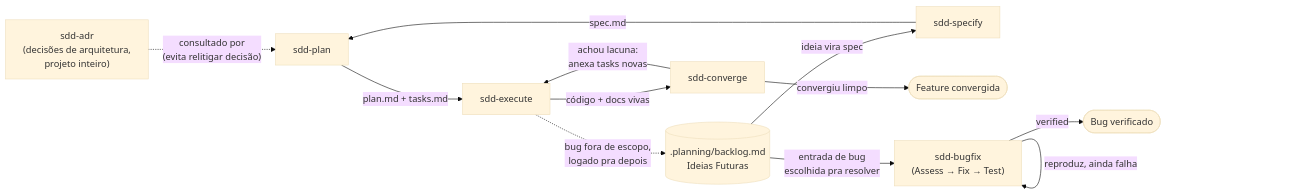
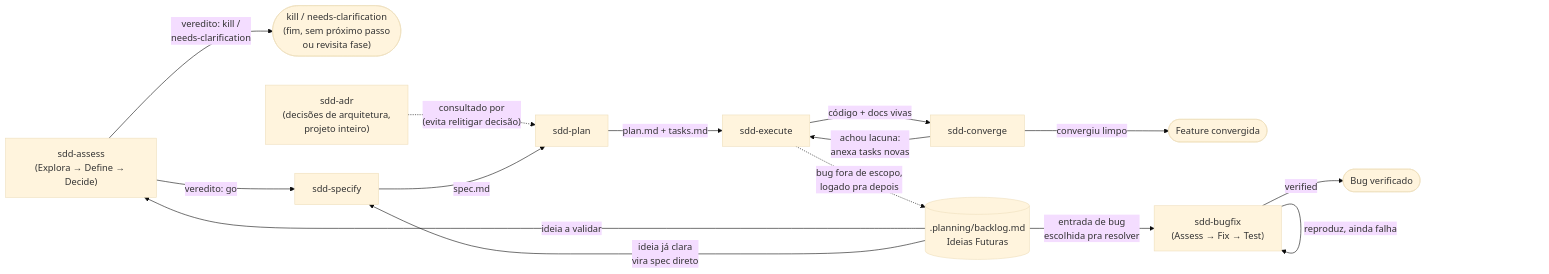
One commit to johnosd/NeoReader changed the first of 8 diagrams in .planning/README.md. Above: the diagram before and after it, drawn with Mermaid (base theme). The commit also changed other lines of this file and 29 other files, not shown here.

````diff
--- a/.planning/README.md
+++ b/.planning/README.md
@@ -59,24 +70,29 @@
 ```mermaid
 flowchart LR
+    ASSESS["sdd-assess\n(Explora → Define → Decide)"]
+    KILL(["kill / needs-clarification\n(fim, sem próximo passo\nou revisita fase)"])
     ADR["sdd-adr\n(decisões de arquitetura,\nprojeto inteiro)"]
     BACKLOG[(".planning/backlog.md\nIdeias Futuras")]
     SPEC["sdd-specify"]
     PLAN["sdd-plan"]
     EXEC["sdd-execute"]
     CONV["sdd-converge"]
     DONE(["Feature convergida"])
     BUGFIX["sdd-bugfix\n(Assess → Fix → Test)"]
     BUGDONE(["Bug verificado"])
 
+    BACKLOG -->|"ideia a validar"| ASSESS
+    ASSESS -->|"veredito: go"| SPEC
+    ASSESS -->|"veredito: kill /\nneeds-clarification"| KILL
     ADR -. "consultado por\n(evita relitigar decisão)" .-> PLAN
-    BACKLOG -->|"ideia vira spec"| SPEC
+    BACKLOG -->|"ideia já clara\nvira spec direto"| SPEC
     SPEC -->|spec.md| PLAN
     PLAN -->|"plan.md + tasks.md"| EXEC
     EXEC -->|"código + docs vivas"| CONV
     CONV -->|"achou lacuna:\nanexa tasks novas"| EXEC
     CONV -->|"convergiu limpo"| DONE
     EXEC -. "bug fora de escopo,\nlogado pra depois" .-> BACKLOG
     BACKLOG -->|"entrada de bug\nescolhida pra resolver"| BUGFIX
     BUGFIX -->|"reproduz, ainda falha"| BUGFIX
     BUGFIX -->|verified| BUGDONE
 ```
````
